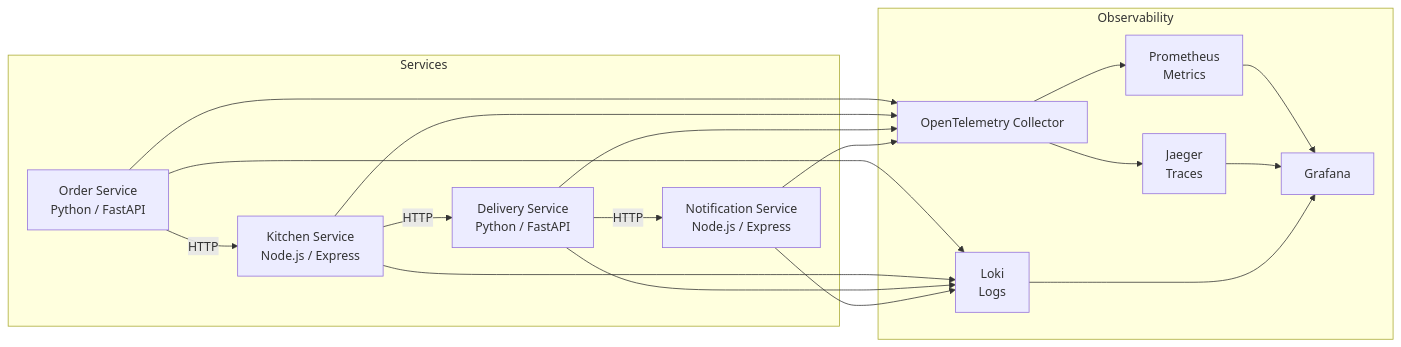
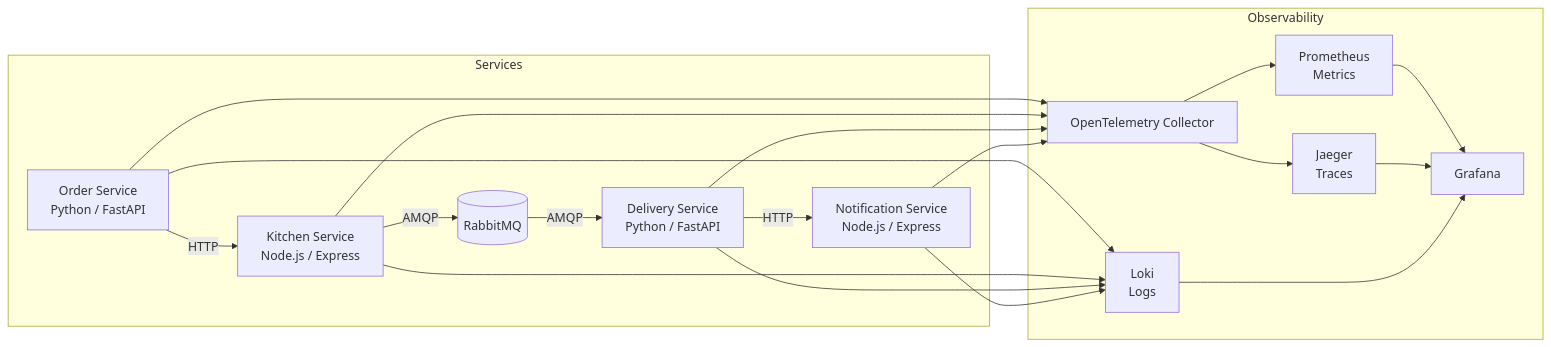
The diagram in implementation_plan.md (samuelcasanova/observability-course), drawn with Mermaid before and after one commit. The commit also changed other lines of this file, not shown here.

Commit message:
update README with RabbitMQ changes

````diff
--- a/implementation_plan.md
+++ b/implementation_plan.md
@@ -9,18 +9,19 @@
 ```mermaid
 graph LR
     subgraph Services
-        OS[Order Service\nPython / FastAPI] -->|HTTP| KS[Kitchen Service\nNode.js / Express]
-        KS -->|HTTP| DS[Delivery Service\nPython / FastAPI]
-        DS -->|HTTP| NS[Notification Service\nNode.js / Express]
+        OS[Order Service<br/>Python / FastAPI] -->|HTTP| KS[Kitchen Service<br/>Node.js / Express]
+        KS -->|AMQP| RMQ[(RabbitMQ)]
+        RMQ -->|AMQP| DS[Delivery Service<br/>Python / FastAPI]
+        DS -->|HTTP| NS[Notification Service<br/>Node.js / Express]
     end
 
     subgraph Observability
         OS & KS & DS & NS --> OT[OpenTelemetry Collector]
-        OT --> J[Jaeger\nTraces]
-        OT --> P[Prometheus\nMetrics]
+        OT --> J[Jaeger<br/>Traces]
+        OT --> P[Prometheus<br/>Metrics]
         P --> G[Grafana]
         J --> G
-        OS & KS & DS & NS --> L[Loki\nLogs]
+        OS & KS & DS & NS --> L[Loki<br/>Logs]
         L --> G
     end
 ```
````
